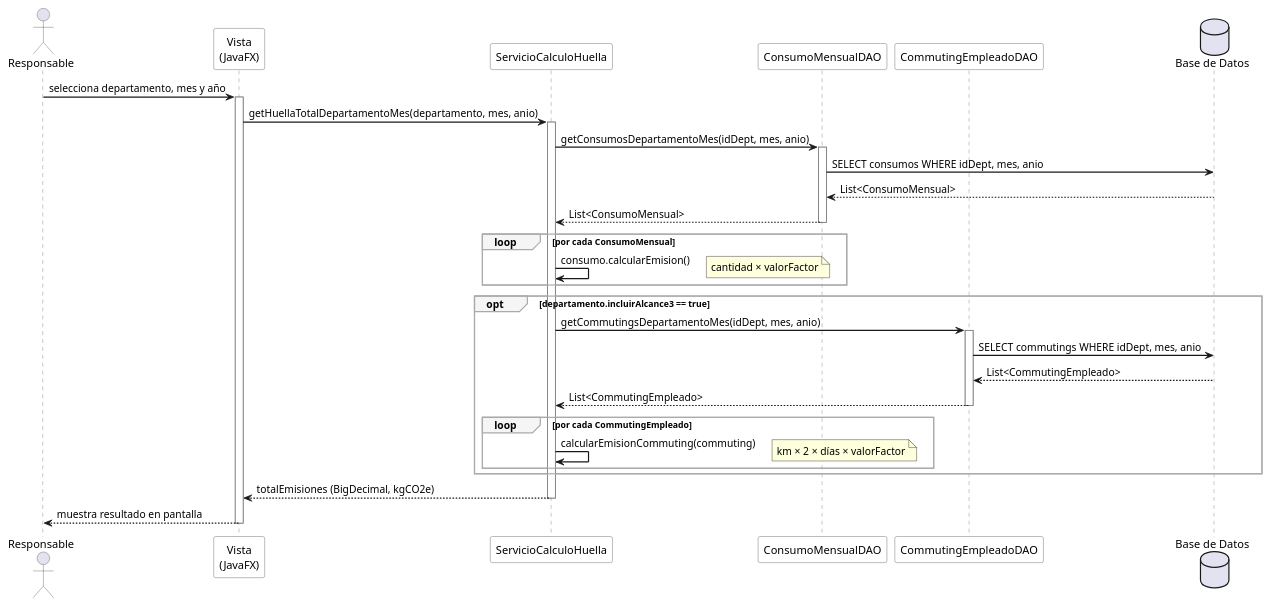
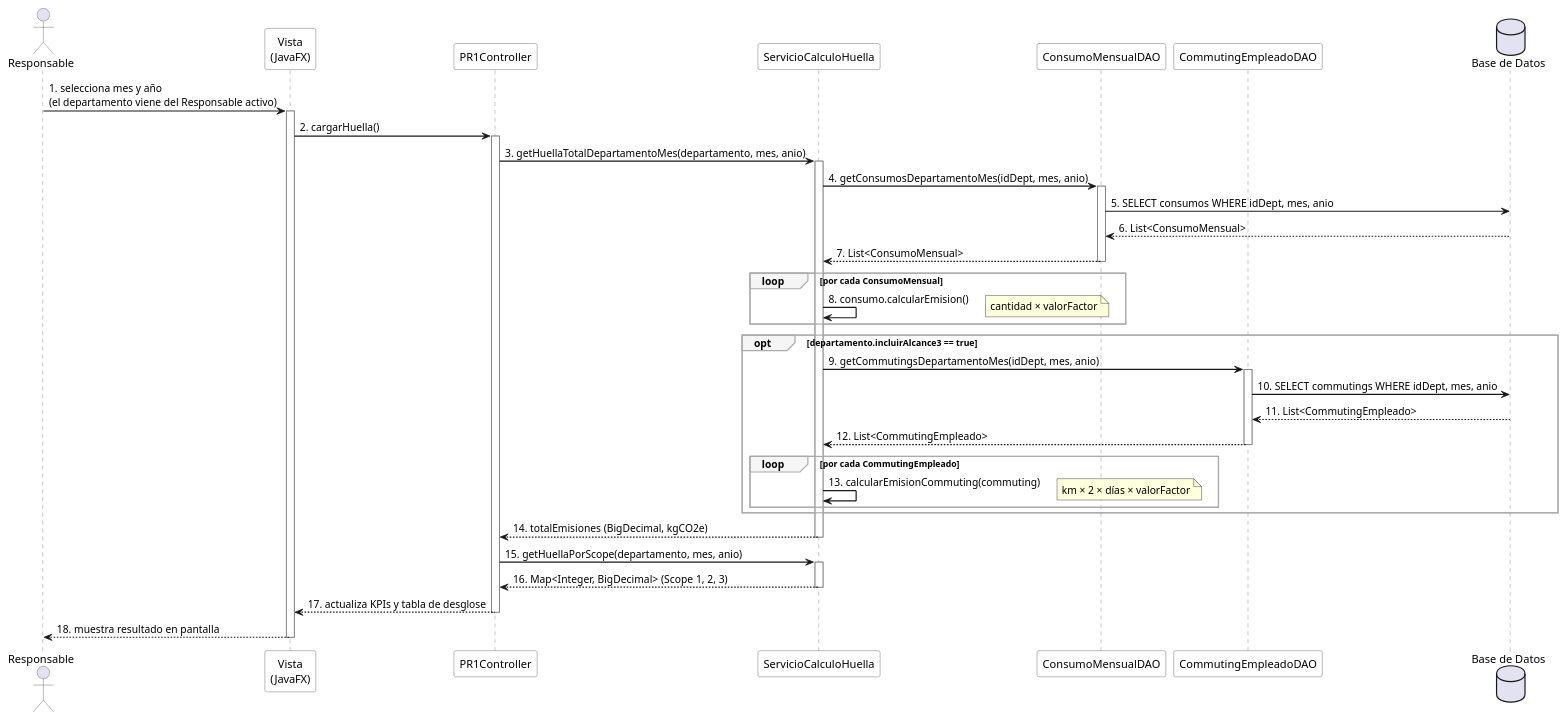
One commit to noeparamenos/carbonAudit_manager changed the diagram in docs/diagrams/diagrama_secuencia.puml. Above: the diagram before and after it, drawn with PlantUML.

Commit message:
Docs: actualizar diagrama de secuencia con pasos numerados y correcciones
- Añadir PR1Controller como participante explícito entre Vista y Servicio
- Numerar todos los pasos (1–18) siguiendo la convención profesional
- Corregir paso 1: el departamento viene del Responsable activo, no del selector
- Añadir pasos 15–17: getHuellaPorScope() y actualización de KPIs en la UI

```diff
--- a/docs/diagrams/diagrama_secuencia.puml
+++ b/docs/diagrams/diagrama_secuencia.puml
@@ -1,66 +1,78 @@
 @startuml Diagrama de Secuencia - Consultar Huella de Carbono
 
 skinparam sequenceArrowThickness 1.5
 skinparam participant {
     BackgroundColor White
     BorderColor #555
 }
 skinparam actor {
     BorderColor #555
 }
 skinparam sequence {
     LifeLineBorderColor #777
     GroupBackgroundColor #F5F5F5
     GroupBorderColor #AAAAAA
 }
 
 actor "Responsable" as Resp
 participant "Vista\n(JavaFX)" as UI
+participant "PR1Controller" as Ctrl
 participant "ServicioCalculoHuella" as Servicio
 participant "ConsumoMensualDAO" as ConsumoDAO
 participant "CommutingEmpleadoDAO" as CommutingDAO
 database "Base de Datos" as BD
 
 ' ========================= FLUJO PRINCIPAL =========================
 
-Resp -> UI : selecciona departamento, mes y año
+Resp -> UI : 1. selecciona mes y año\n(el departamento viene del Responsable activo)
 activate UI
 
-UI -> Servicio : getHuellaTotalDepartamentoMes(departamento, mes, anio)
+UI -> Ctrl : 2. cargarHuella()
+activate Ctrl
+
+Ctrl -> Servicio : 3. getHuellaTotalDepartamentoMes(departamento, mes, anio)
 activate Servicio
 
 ' --- SCOPE 1 + 2: Consumos ---
-Servicio -> ConsumoDAO : getConsumosDepartamentoMes(idDept, mes, anio)
+Servicio -> ConsumoDAO : 4. getConsumosDepartamentoMes(idDept, mes, anio)
 activate ConsumoDAO
-    ConsumoDAO -> BD : SELECT consumos WHERE idDept, mes, anio
-    BD --> ConsumoDAO : List<ConsumoMensual>
-ConsumoDAO --> Servicio : List<ConsumoMensual>
+    ConsumoDAO -> BD : 5. SELECT consumos WHERE idDept, mes, anio
+    BD --> ConsumoDAO : 6. List<ConsumoMensual>
+ConsumoDAO --> Servicio : 7. List<ConsumoMensual>
 deactivate ConsumoDAO
 
 loop por cada ConsumoMensual
-    Servicio -> Servicio : consumo.calcularEmision()
+    Servicio -> Servicio : 8. consumo.calcularEmision()
     note right : cantidad × valorFactor
 end
 
 ' --- SCOPE 3: Commuting (condicional) ---
 opt departamento.incluirAlcance3 == true
-    Servicio -> CommutingDAO : getCommutingsDepartamentoMes(idDept, mes, anio)
+    Servicio -> CommutingDAO : 9. getCommutingsDepartamentoMes(idDept, mes, anio)
     activate CommutingDAO
-        CommutingDAO -> BD : SELECT commutings WHERE idDept, mes, anio
-        BD --> CommutingDAO : List<CommutingEmpleado>
-    CommutingDAO --> Servicio : List<CommutingEmpleado>
+        CommutingDAO -> BD : 10. SELECT commutings WHERE idDept, mes, anio
+        BD --> CommutingDAO : 11. List<CommutingEmpleado>
+    CommutingDAO --> Servicio : 12. List<CommutingEmpleado>
     deactivate CommutingDAO
 
     loop por cada CommutingEmpleado
-        Servicio -> Servicio : calcularEmisionCommuting(commuting)
+        Servicio -> Servicio : 13. calcularEmisionCommuting(commuting)
         note right : km × 2 × días × valorFactor
     end
 end
 
-Servicio --> UI : totalEmisiones (BigDecimal, kgCO2e)
+Servicio --> Ctrl : 14. totalEmisiones (BigDecimal, kgCO2e)
 deactivate Servicio
 
-UI --> Resp : muestra resultado en pantalla
+Ctrl -> Servicio : 15. getHuellaPorScope(departamento, mes, anio)
+activate Servicio
+Servicio --> Ctrl : 16. Map<Integer, BigDecimal> (Scope 1, 2, 3)
+deactivate Servicio
+
+Ctrl --> UI : 17. actualiza KPIs y tabla de desglose
+deactivate Ctrl
+
+UI --> Resp : 18. muestra resultado en pantalla
 deactivate UI
 
 @enduml
```
